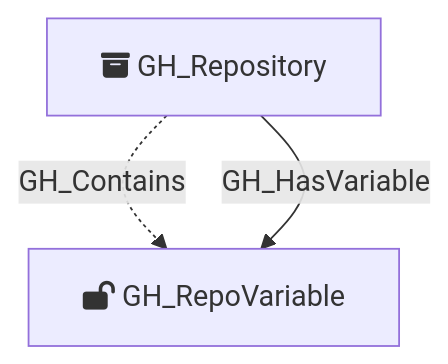
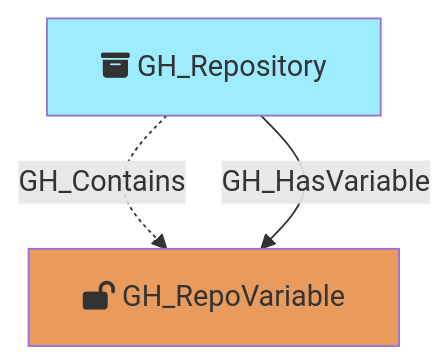
One commit to SpecterOps/bloodhound-docs changed the diagram in docs/opengraph/extensions/githound/reference/nodes/gh_repovariable.mdx. Above: the diagram before and after it, drawn with Mermaid. The commit also changed other lines of this file and 52 other files, not shown here.

````diff
--- a/docs/opengraph/extensions/githound/reference/nodes/gh_repovariable.mdx
+++ b/docs/opengraph/extensions/githound/reference/nodes/gh_repovariable.mdx
@@ -46,9 +59,11 @@
 ```mermaid
 flowchart TD
     GH_RepoVariable[fa:fa-lock-open GH_RepoVariable]
     GH_Repository[fa:fa-box-archive GH_Repository]
 
+    style GH_RepoVariable fill:#E89B5C
+    style GH_Repository fill:#9EECFF
 
     GH_Repository -.->|GH_Contains| GH_RepoVariable
     GH_Repository -->|GH_HasVariable| GH_RepoVariable
 ```
````
